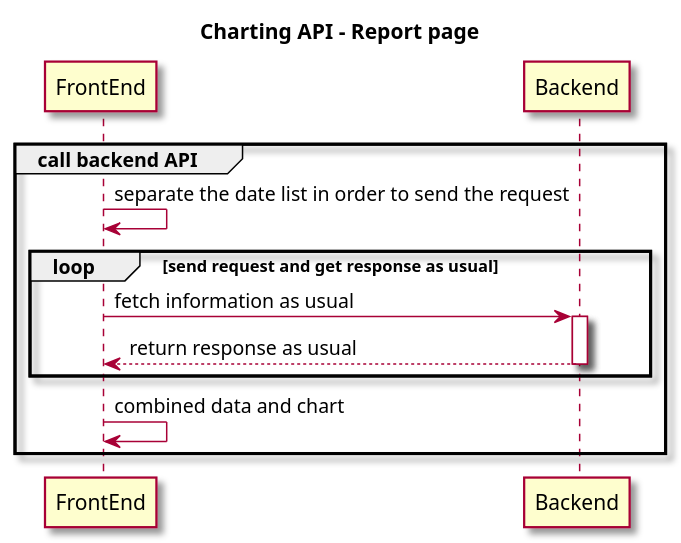
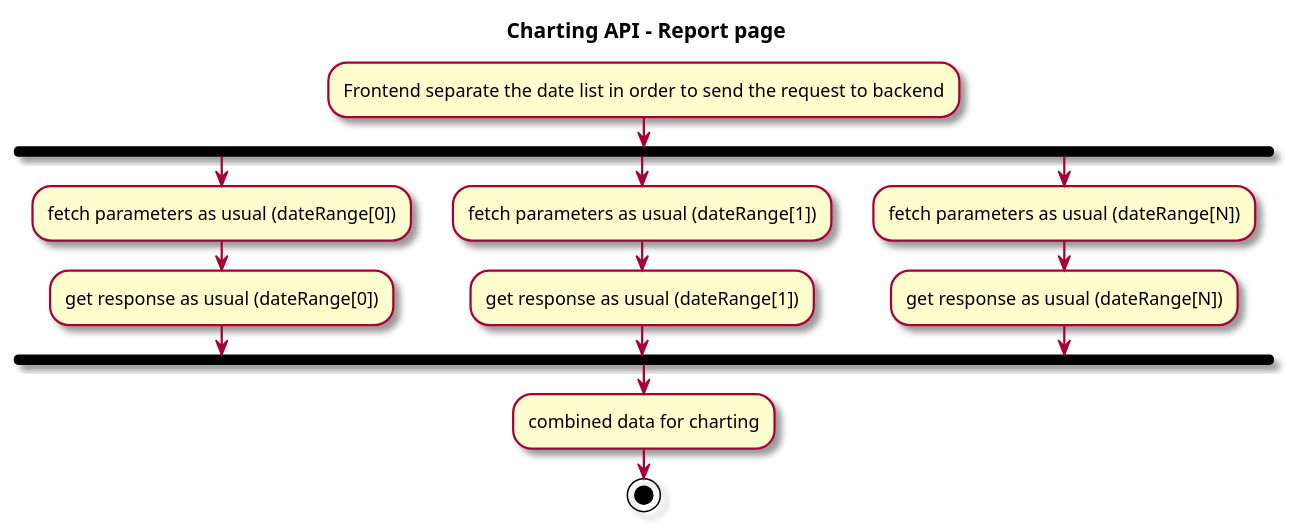
One commit to thoughtworks/HeartBeat changed the second of 2 diagrams in docs/src/content/docs/en/spikes/tech-spikes-chart-api-solutions.mdx. Above: the diagram before and after it, drawn with PlantUML. The commit also changed other lines of this file, not shown here.

First line of the commit message:
ADM-886:[docs]docs: refactor chart API docs sequence diagram (#1339)

````diff
--- a/docs/src/content/docs/en/spikes/tech-spikes-chart-api-solutions.mdx
+++ b/docs/src/content/docs/en/spikes/tech-spikes-chart-api-solutions.mdx
@@ -72,20 +74,22 @@
 ```plantuml
 @startuml Charting API refactor
 skin rose
 title Charting API - Report page
 
-participant FrontEnd
-participant Backend
+:Frontend separate the date list in order to send the request to backend;
 
-group call backend API
-    FrontEnd -> FrontEnd: separate the date list in order to send the request
-    loop send request and get response as usual
-        FrontEnd -> Backend: fetch information as usual
-        activate Backend
-        FrontEnd <-- Backend: return response as usual
-        deactivate Backend
-    end loop
-    FrontEnd -> FrontEnd: combined data and chart
-end
+fork
+  :fetch parameters as usual (dateRange[0]);
+  :get response as usual (dateRange[0]);
+fork again
+  :fetch parameters as usual (dateRange[1]);
+  :get response as usual (dateRange[1]);
+fork again
+  :fetch parameters as usual (dateRange[N]);
+  :get response as usual (dateRange[N]);
+end fork
+:combined data for charting;
+
+stop
 @enduml
 ```
````
